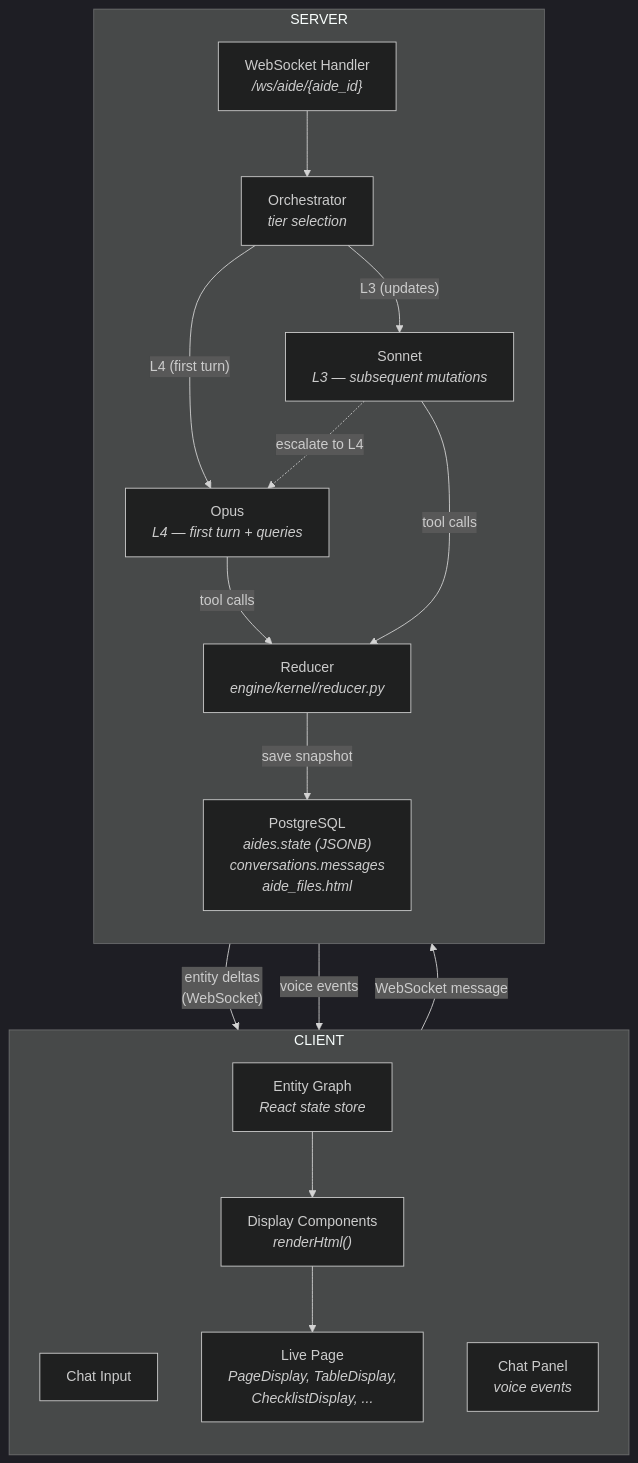
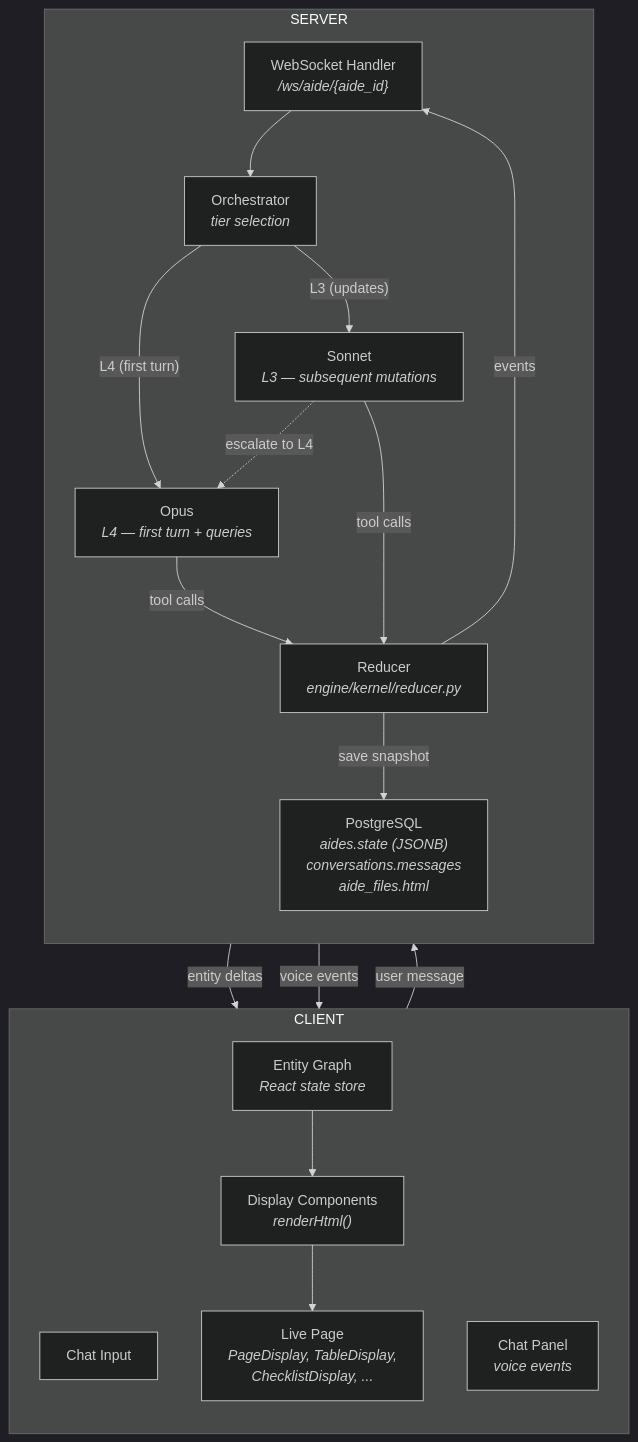
One commit to zcancio/aide changed the diagram in docs/eng_design/00_overview.md. Above: the diagram before and after it, drawn with Mermaid (dark theme). The commit also changed other lines of this file and 5 other files, not shown here.

First line of the commit message:
docs: reducer sends events to WS, WS distributes to client

````diff
--- a/docs/eng_design/00_overview.md
+++ b/docs/eng_design/00_overview.md
@@ -129,40 +129,41 @@
 ```mermaid
 graph TD
     subgraph CLIENT["CLIENT"]
         direction TB
         INPUT["Chat Input"]
         CHAT["Chat Panel<br/><i>voice events</i>"]
         GRAPH["Entity Graph<br/><i>React state store</i>"]
         RENDERER["Display Components<br/><i>renderHtml()</i>"]
         PAGE["Live Page<br/><i>PageDisplay, TableDisplay,<br/>ChecklistDisplay, ...</i>"]
 
         GRAPH --> RENDERER
         RENDERER --> PAGE
     end
 
     subgraph SERVER["SERVER"]
         direction TB
         WS["WebSocket Handler<br/><i>/ws/aide/{aide_id}</i>"]
         ORCH["Orchestrator<br/><i>tier selection</i>"]
 
         OPUS["Opus<br/><i>L4 — first turn + queries</i>"]
         SONNET["Sonnet<br/><i>L3 — subsequent mutations</i>"]
 
         REDUCER["Reducer<br/><i>engine/kernel/reducer.py</i>"]
         DB["PostgreSQL<br/><i>aides.state (JSONB)<br/>conversations.messages<br/>aide_files.html</i>"]
 
         WS --> ORCH
         ORCH -->|"L4 (first turn)"| OPUS
         ORCH -->|"L3 (updates)"| SONNET
 
         OPUS -->|"tool calls"| REDUCER
         SONNET -->|"tool calls"| REDUCER
         SONNET -.->|"escalate to L4"| OPUS
 
         REDUCER -->|"save snapshot"| DB
+        REDUCER -->|"events"| WS
     end
 
-    INPUT -->|"WebSocket message"| WS
-    REDUCER -->|"entity deltas<br/>(WebSocket)"| GRAPH
-    REDUCER -->|"voice events"| CHAT
+    INPUT -->|"user message"| WS
+    WS -->|"entity deltas"| GRAPH
+    WS -->|"voice events"| CHAT
 ```
````
